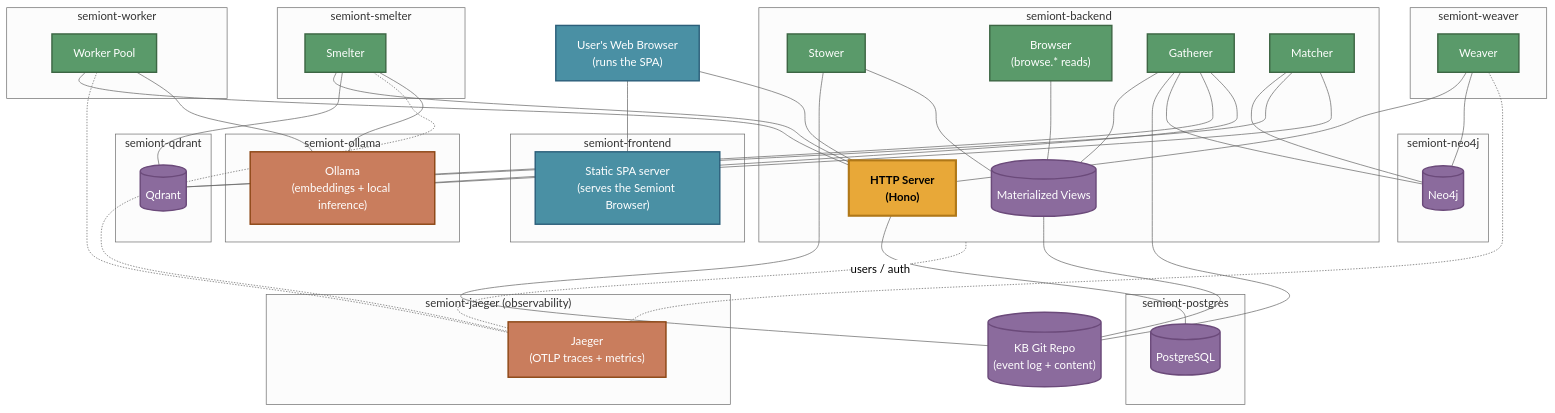
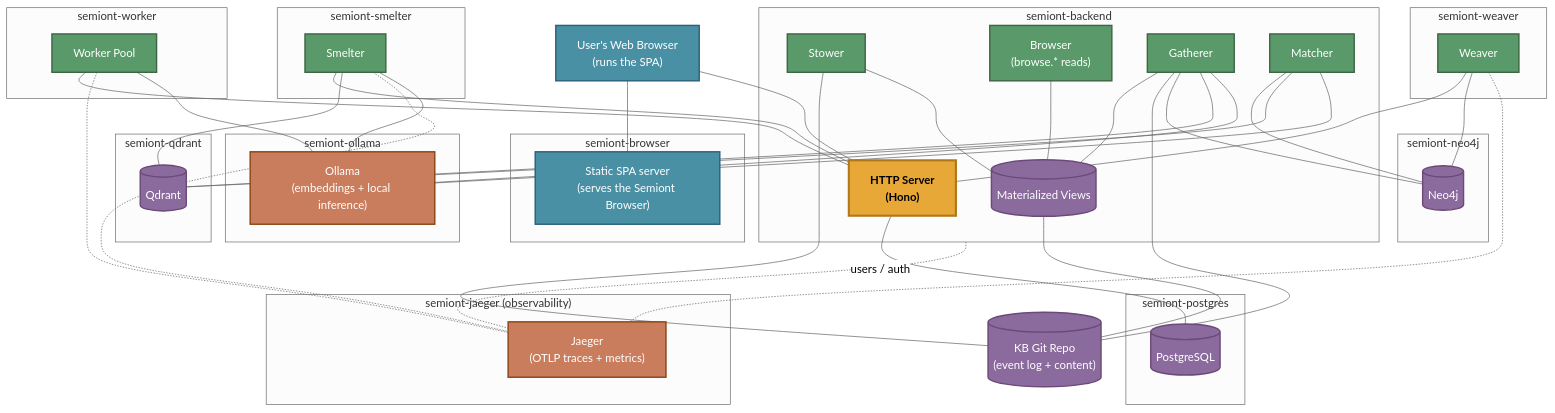
The diagram in docs/system/CONTAINER-TOPOLOGY.md (The-AI-Alliance/semiont), drawn with Mermaid (neutral theme) before and after one commit. The commit also changed other lines of this file and 367 other files, not shown here.

First line of the commit message:
The frontend is the Browser everywhere users can see it, and [browser] leaves the config model (#1241)

```diff
--- a/docs/system/CONTAINER-TOPOLOGY.md
+++ b/docs/system/CONTAINER-TOPOLOGY.md
@@ -16,7 +16,7 @@
 graph TB
     UB["User's Web Browser<br/>(runs the SPA)"]
 
-    subgraph frontend_c ["semiont-frontend"]
+    subgraph frontend_c ["semiont-browser"]
         SPA["Static SPA server<br/>(serves the Semiont Browser)"]
     end
 
```
